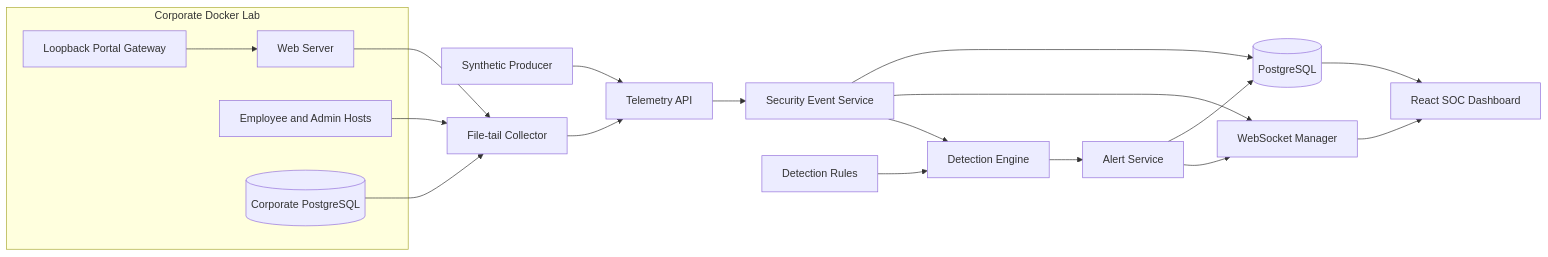
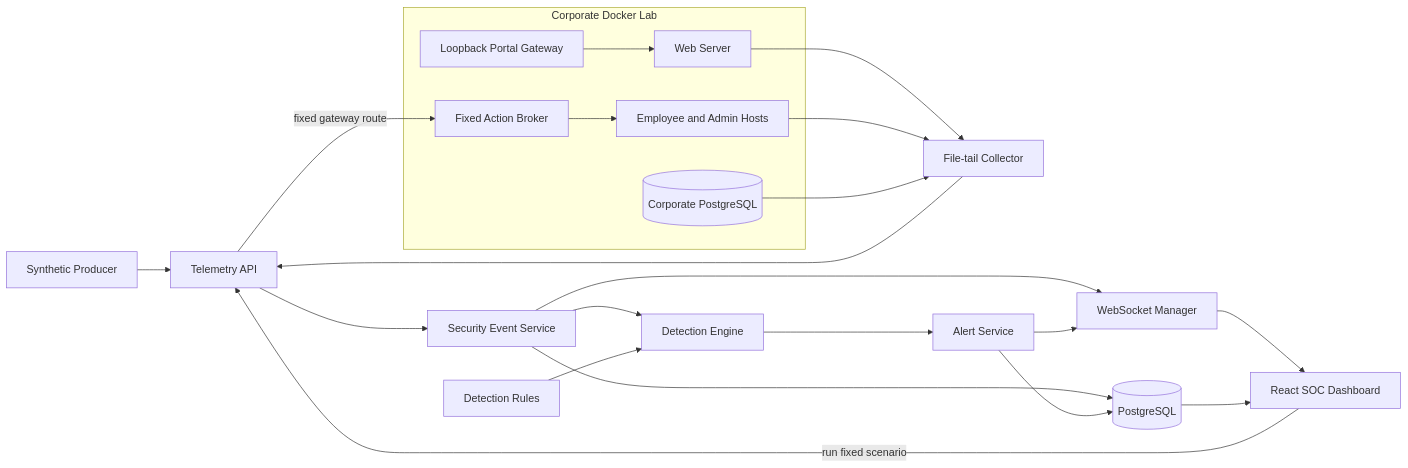
One commit to Mayroskapnos/sentinel-security-platform changed the first of 4 diagrams in docs/architecture.md. Above: the diagram before and after it, drawn with Mermaid. The commit also changed other lines of this file and 70 other files, not shown here.

````diff
--- a/docs/architecture.md
+++ b/docs/architecture.md
@@ -7,36 +7,40 @@
 ```mermaid
 flowchart LR
     Producer[Synthetic Producer]
     subgraph Lab[Corporate Docker Lab]
         Gateway[Loopback Portal Gateway]
+        Simulator[Fixed Action Broker]
         Web[Web Server]
         Hosts[Employee and Admin Hosts]
         LabDB[(Corporate PostgreSQL)]
     end
     Collector[File-tail Collector]
     Ingest[Telemetry API]
     Events[Security Event Service]
     DB[(PostgreSQL)]
     Engine[Detection Engine]
     Rules[Detection Rules]
     Alerts[Alert Service]
     WS[WebSocket Manager]
     UI[React SOC Dashboard]
 
     Producer --> Ingest
+    UI -->|run fixed scenario| Ingest
+    Ingest -->|fixed gateway route| Simulator
+    Simulator --> Hosts
     Gateway --> Web
     Web --> Collector
     Hosts --> Collector
     LabDB --> Collector
     Collector --> Ingest
     Ingest --> Events
     Events --> DB
     Events --> WS
     Events --> Engine
     Rules --> Engine
     Engine --> Alerts
     Alerts --> DB
     Alerts --> WS
     WS --> UI
     DB --> UI
 ```
````
